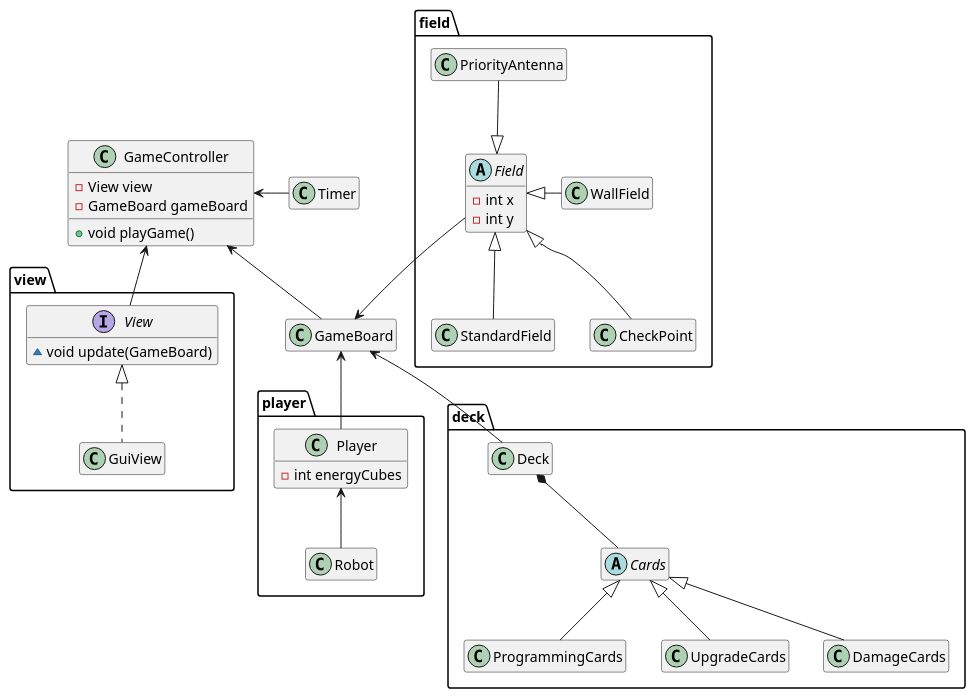
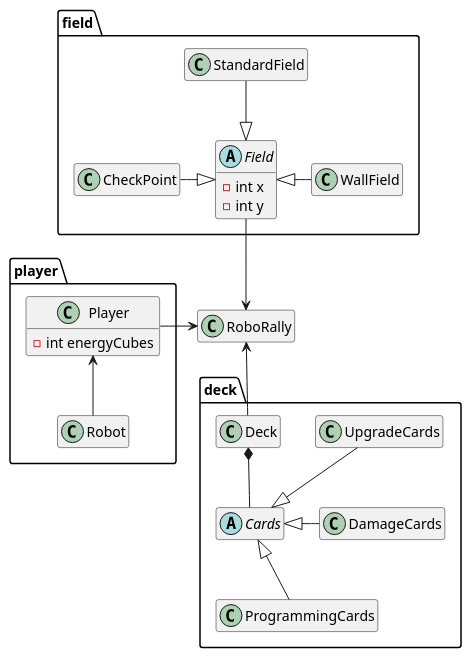
The diagram in domain-model.puml (xdTobs/_18_roborally), drawn with PlantUML before and after one commit. The commit also changed 1 other file, not shown here.

```diff
--- a/domain-model.puml
+++ b/domain-model.puml
@@ -1,96 +1,72 @@
 @startuml
 hide empty members
 
 
 
-class GameBoard {
-}
-class Timer {
-
+class RoboRally {
 }
 package player {
 	class Player {
 		- int energyCubes
 	}
 	class Robot {
 
 	}
 	
 }
 
 
 
 package deck {
 	class Deck {
 	}
 	abstract class Cards{
 		
 	}
 	class ProgrammingCards{
 		
 	}
 	class UpgradeCards{
 		
 	}
 	class DamageCards{
 		
 	}
 }
 
 
 package field {
 
 	abstract class Field {
 		- int x
 		- int y
 	}
 	class StandardField {
 
 	}
 	class WallField {
 
 	}
 
 
 	class CheckPoint {
 
 	}
-	class PriorityAntenna {
 
-	}
-
-}
-class GameController {
-	- View view
-	- GameBoard gameBoard
-	+ void playGame()
 }
 
 
 
-package view {
-	class GuiView { }
-
-	interface View {
-		~ void update(GameBoard)
-	}
-}
-
 Player <-- Robot
-GameController <-right- Timer
-GameController <-- GameBoard
-GameController <-- View
-GameBoard <-- Player
-GameBoard <-up- Field
-View <|.. GuiView
-Field <|-up- PriorityAntenna
-Field <|-down- CheckPoint
-Field <|-down- StandardField
+RoboRally <-left- Player
+RoboRally <-down- Deck
+RoboRally <-up- Field
+Field <|-left- CheckPoint
+Field <|-up- StandardField
 Field <|-right- WallField
-GameBoard <-- Deck
 Deck *-- Cards
 Cards <|-- ProgrammingCards
-Cards <|-- UpgradeCards
-Cards <|-- DamageCards
+Cards <|-up- UpgradeCards
+Cards <|-right- DamageCards
 
 @enduml
```
